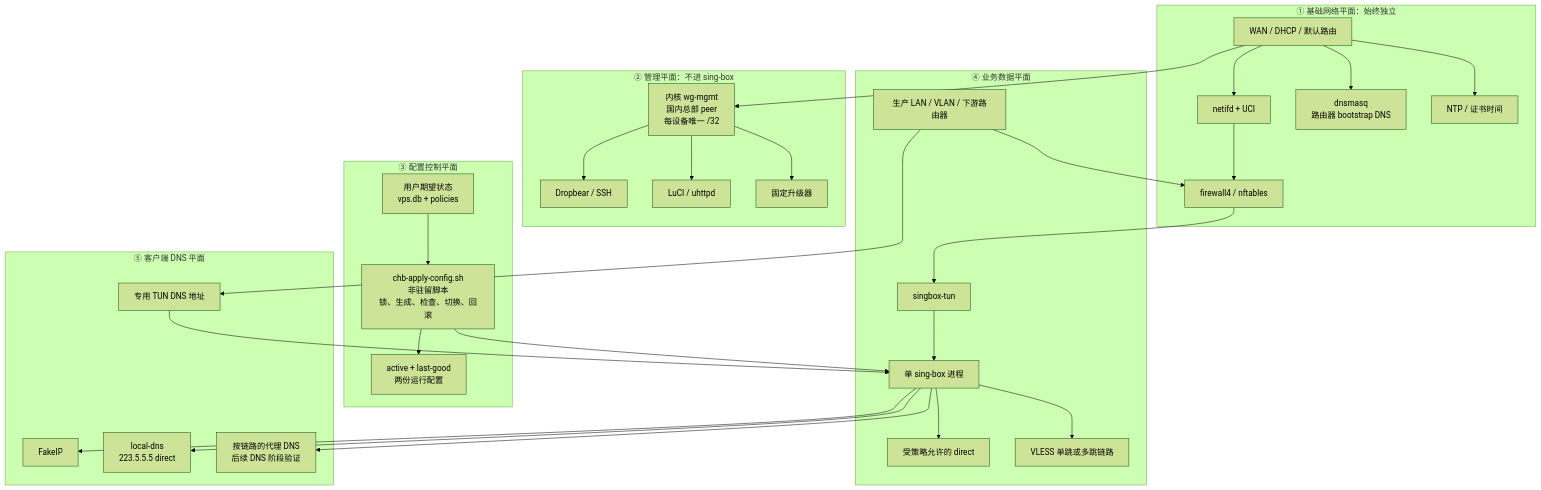
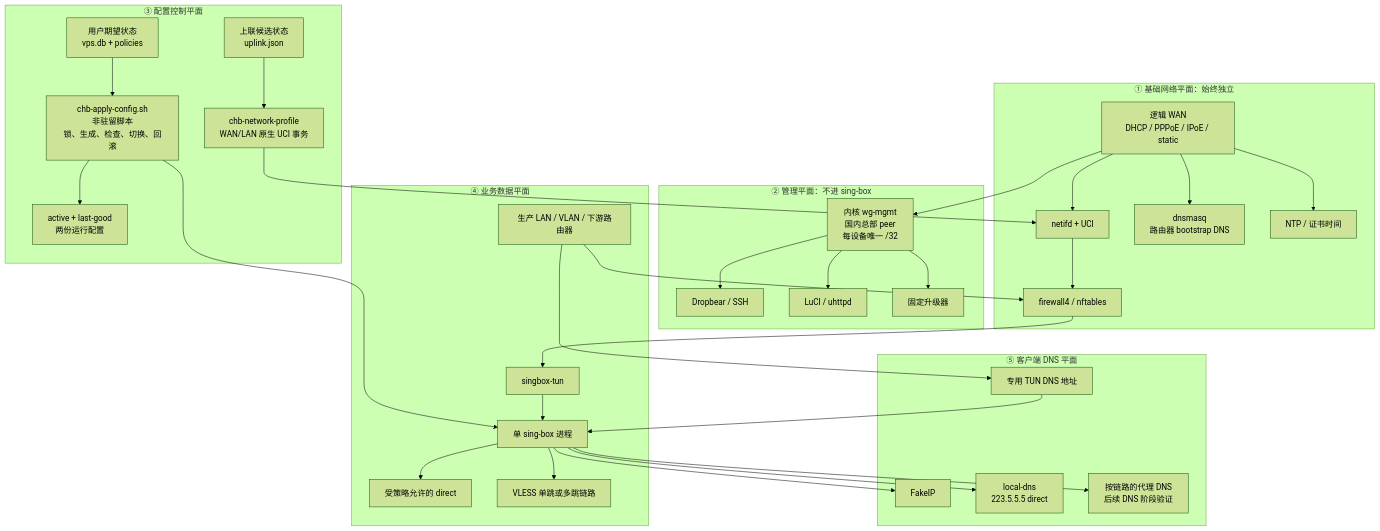
Before and after one commit to whalestore/vps-deployment-script: the first of 16 diagrams in docs/superpowers/specs/2026-07-28-runtime-network-isolation-design.md, drawn with Mermaid (forest theme). The commit also changed other lines of this file and 1 other file, not shown here.

Commit message:
docs: finalize dual-uplink runtime rollout

````diff
--- a/docs/superpowers/specs/2026-07-28-runtime-network-isolation-design.md
+++ b/docs/superpowers/specs/2026-07-28-runtime-network-isolation-design.md
@@ -52,55 +73,58 @@
 ```mermaid
 flowchart TB
     subgraph BASE["① 基础网络平面：始终独立"]
-        WAN["WAN / DHCP / 默认路由"]
+        WAN["逻辑 WAN<br/>DHCP / PPPoE / IPoE / static"]
         NETIFD["netifd + UCI"]
         DNSMASQ["dnsmasq<br/>路由器 bootstrap DNS"]
         FW["firewall4 / nftables"]
         TIME["NTP / 证书时间"]
     end
 
     subgraph MGMT["② 管理平面：不进 sing-box"]
         WG["内核 wg-mgmt<br/>国内总部 peer<br/>每设备唯一 /32"]
         SSH["Dropbear / SSH"]
         LUCI["LuCI / uhttpd"]
         OTA["固定升级器"]
     end
 
     subgraph CONTROL["③ 配置控制平面"]
         DESIRED["用户期望状态<br/>vps.db + policies"]
+        UPLINK["上联候选状态<br/>uplink.json"]
+        NETAPPLY["chb-network-profile<br/>WAN/LAN 原生 UCI 事务"]
         APPLY["chb-apply-config.sh<br/>非驻留脚本<br/>锁、生成、检查、切换、回滚"]
         LKG["active + last-good<br/>两份运行配置"]
     end
 
     subgraph DATA["④ 业务数据平面"]
         LAN["生产 LAN / VLAN / 下游路由器"]
         TUN["singbox-tun"]
         SB["单 sing-box 进程"]
         DIRECT["受策略允许的 direct"]
         VLESS["VLESS 单跳或多跳链路"]
     end
 
     subgraph CLIENTDNS["⑤ 客户端 DNS 平面"]
         TDNS["专用 TUN DNS 地址"]
         FAKE["FakeIP"]
         LOCAL["local-dns<br/>223.5.5.5 direct"]
         CHDNS["按链路的代理 DNS<br/>后续 DNS 阶段验证"]
     end
 
     WAN --> NETIFD --> FW
     WAN --> DNSMASQ
     WAN --> TIME
     WAN --> WG --> SSH
     WG --> LUCI
     WG --> OTA
+    UPLINK --> NETAPPLY --> NETIFD
     DESIRED --> APPLY
     APPLY --> LKG
     APPLY --> SB
     LAN --> FW --> TUN --> SB
     SB --> DIRECT
     SB --> VLESS
     LAN --> TDNS --> SB
     SB --> FAKE
     SB --> LOCAL
     SB --> CHDNS
 ```
````
